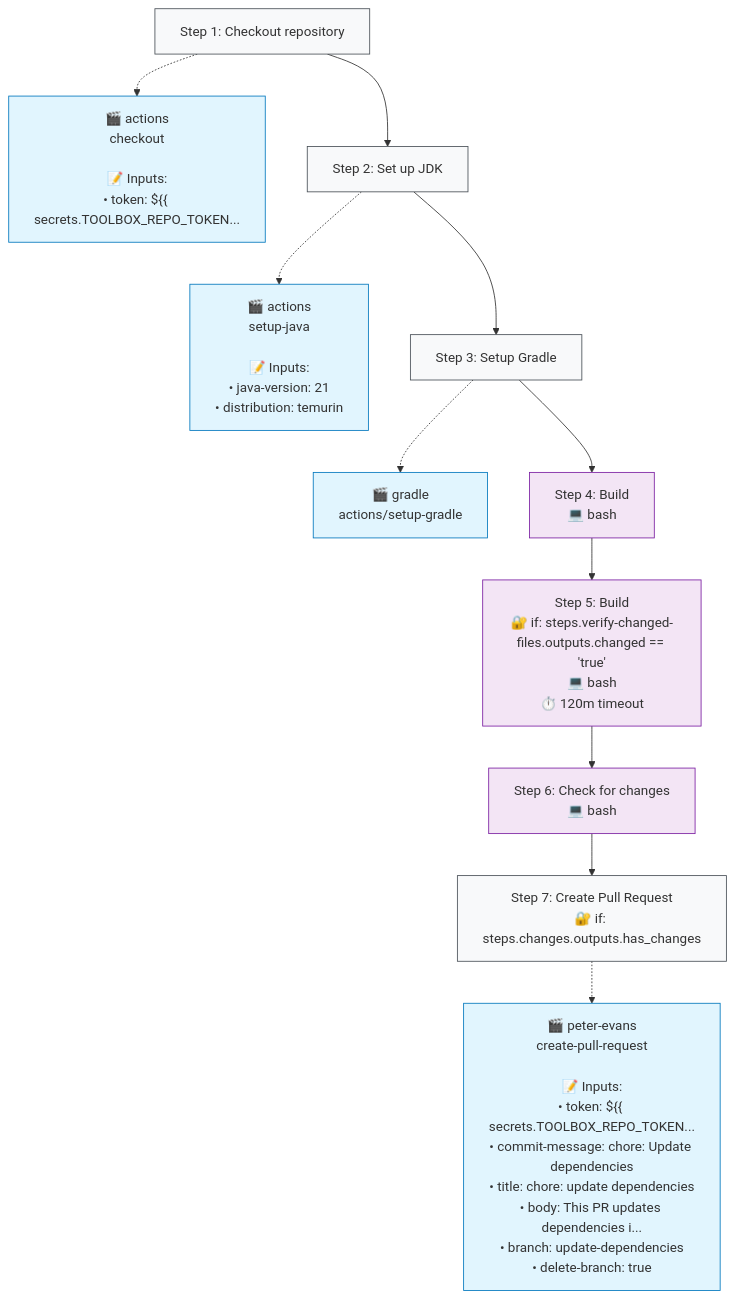
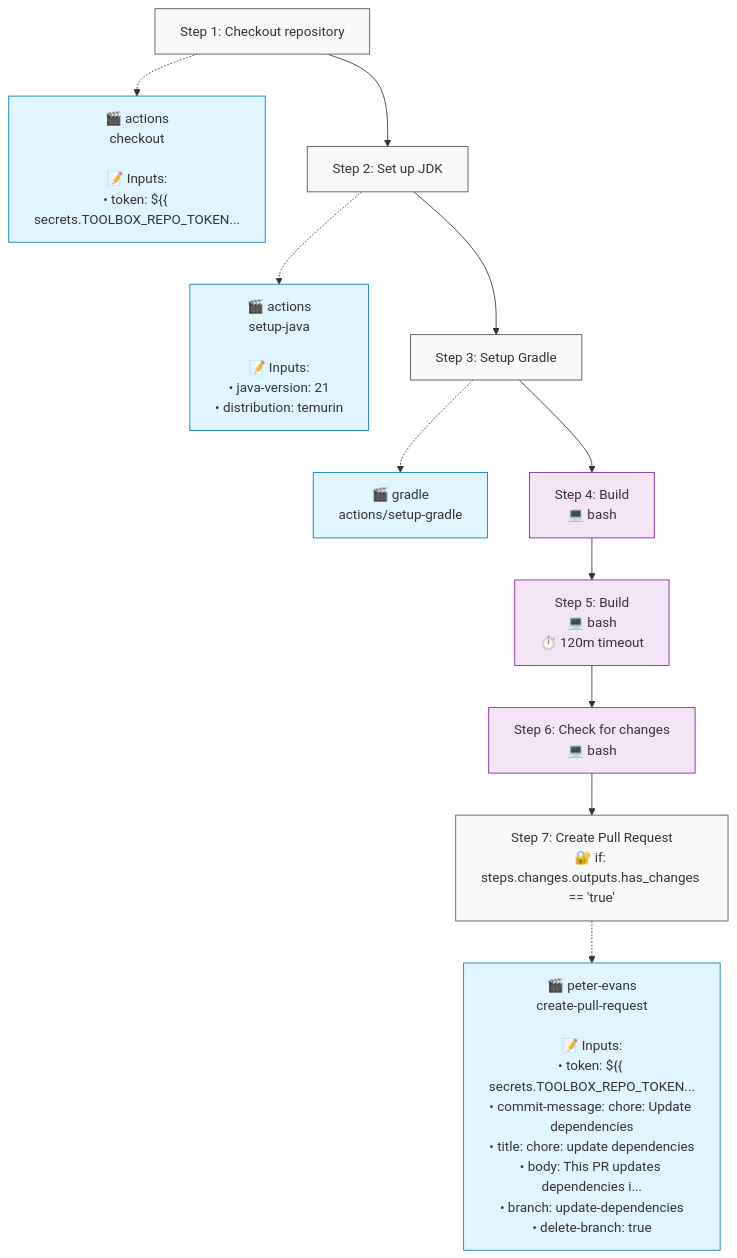
The second of 2 diagrams in .github/typeflows/update-dependencies/README.md (http4k/http4k), drawn with Mermaid before and after one commit. The commit also changed other lines of this file and 5 other files, not shown here.

````diff
--- a/.github/typeflows/update-dependencies/README.md
+++ b/.github/typeflows/update-dependencies/README.md
@@ -24,36 +24,36 @@
 ```mermaid
 %%{init: {"flowchart": {"curve": "basis"}}}%%
 flowchart TD
     step1["Step 1: Checkout repository"]
     style step1 fill:#f8f9fa,stroke:#495057
     action1["🎬 actions<br/>checkout<br/><br/>📝 Inputs:<br/>• token: ${{ secrets.TOOLBOX_REPO_TOKEN..."]
     style action1 fill:#e1f5fe,stroke:#0277bd
     step1 -.-> action1
     step2["Step 2: Set up JDK"]
     style step2 fill:#f8f9fa,stroke:#495057
     action2["🎬 actions<br/>setup-java<br/><br/>📝 Inputs:<br/>• java-version: 21<br/>• distribution: temurin"]
     style action2 fill:#e1f5fe,stroke:#0277bd
     step2 -.-> action2
     step1 --> step2
     step3["Step 3: Setup Gradle"]
     style step3 fill:#f8f9fa,stroke:#495057
     action3["🎬 gradle<br/>actions/setup-gradle"]
     style action3 fill:#e1f5fe,stroke:#0277bd
     step3 -.-> action3
     step2 --> step3
     step4["Step 4: Build<br/>💻 bash"]
     style step4 fill:#f3e5f5,stroke:#7b1fa2
     step3 --> step4
-    step5["Step 5: Build<br/>🔐 if: steps.verify-changed-files.outputs.changed == 'true'<br/>💻 bash<br/>⏱️ 120m timeout"]
+    step5["Step 5: Build<br/>💻 bash<br/>⏱️ 120m timeout"]
     style step5 fill:#f3e5f5,stroke:#7b1fa2
     step4 --> step5
     step6["Step 6: Check for changes<br/>💻 bash"]
     style step6 fill:#f3e5f5,stroke:#7b1fa2
     step5 --> step6
-    step7["Step 7: Create Pull Request<br/>🔐 if: steps.changes.outputs.has_changes"]
+    step7["Step 7: Create Pull Request<br/>🔐 if: steps.changes.outputs.has_changes == 'true'"]
     style step7 fill:#f8f9fa,stroke:#495057
     action7["🎬 peter-evans<br/>create-pull-request<br/><br/>📝 Inputs:<br/>• token: ${{ secrets.TOOLBOX_REPO_TOKEN...<br/>• commit-message: chore: Update dependencies<br/>• title: chore: update dependencies<br/>• body: This PR updates dependencies i...<br/>• branch: update-dependencies<br/>• delete-branch: true"]
     style action7 fill:#e1f5fe,stroke:#0277bd
     step7 -.-> action7
     step6 --> step7
 ```
````
